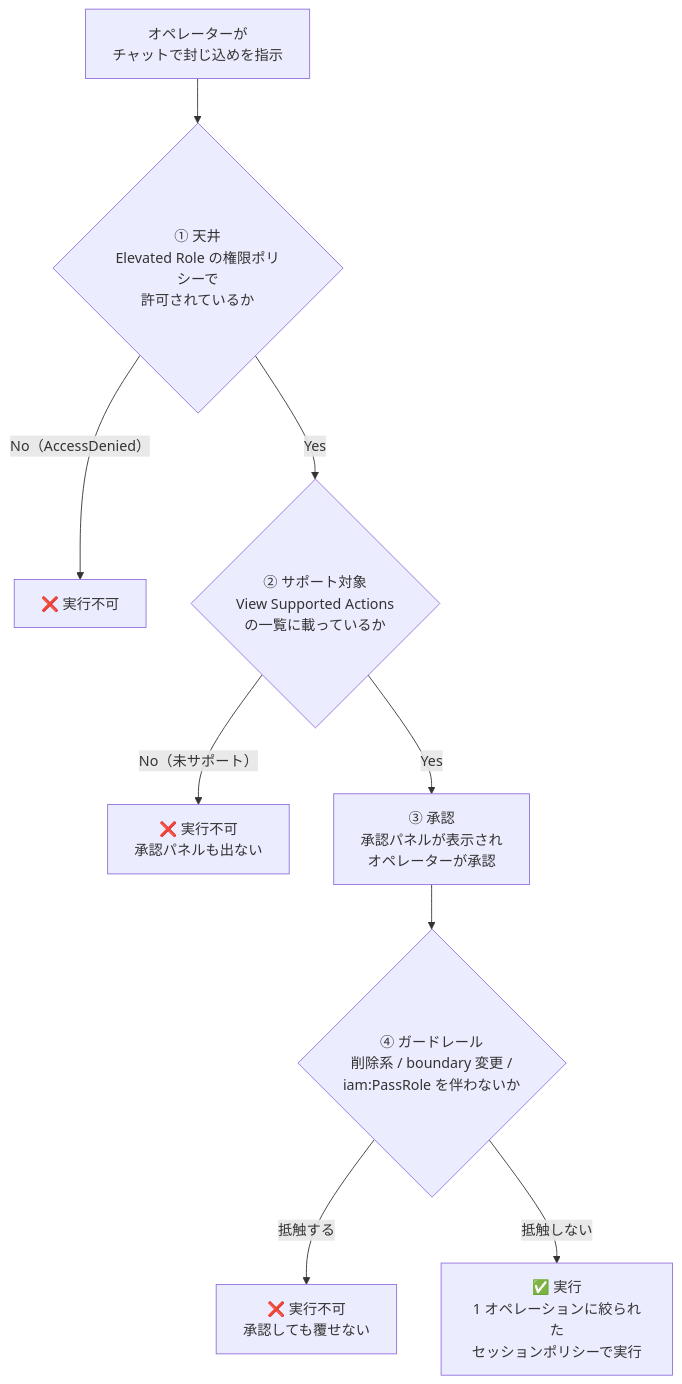
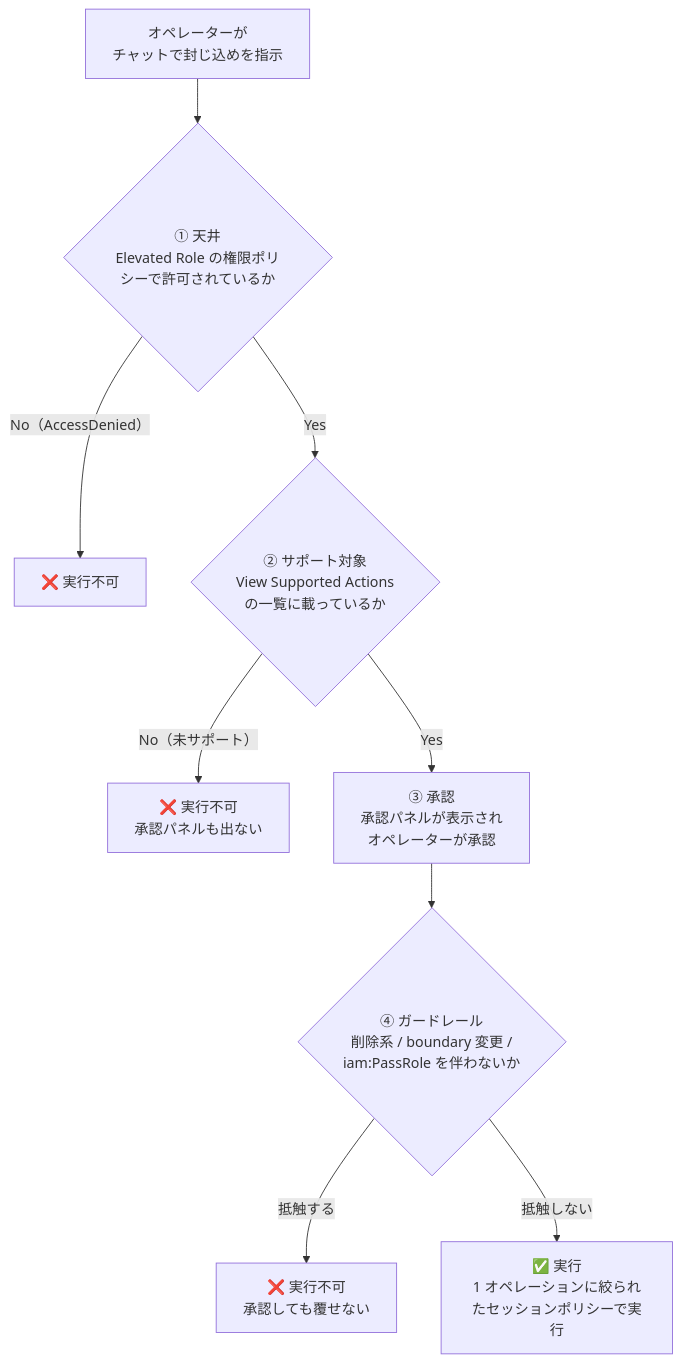
Before and after one commit to Keisuke-Hiraki/public-zenn-connect: the second of 2 diagrams in articles/devops-agent-guardduty-directed-actions.md, drawn with Mermaid. The commit also changed other lines of this file, not shown here.

````diff
--- a/articles/devops-agent-guardduty-directed-actions.md
+++ b/articles/devops-agent-guardduty-directed-actions.md
@@ -90,11 +92,11 @@
 ```mermaid
 flowchart TD
-    START["オペレーターが\nチャットで封じ込めを指示"] --> CEIL{"① 天井\nElevated Role の権限ポリシーで\n許可されているか"}
+    START["オペレーターが\nチャットで封じ込めを指示"] --> CEIL{"① 天井\nElevated Role の権限ポリシーで許可されているか"}
     CEIL -- "No（AccessDenied）" --> DENY1["❌ 実行不可"]
     CEIL -- Yes --> SUPPORT{"② サポート対象\nView Supported Actions\nの一覧に載っているか"}
     SUPPORT -- "No（未サポート）" --> DENY2["❌ 実行不可\n承認パネルも出ない"]
     SUPPORT -- Yes --> APPROVE["③ 承認\n承認パネルが表示され\nオペレーターが承認"]
     APPROVE --> GUARD{"④ ガードレール\n削除系 / boundary 変更 /\niam:PassRole を伴わないか"}
     GUARD -- 抵触する --> DENY3["❌ 実行不可\n承認しても覆せない"]
-    GUARD -- 抵触しない --> EXEC["✅ 実行\n1 オペレーションに絞られた\nセッションポリシーで実行"]
+    GUARD -- 抵触しない --> EXEC["✅ 実行\n1 オペレーションに絞られたセッションポリシーで実行"]
 ```
````
